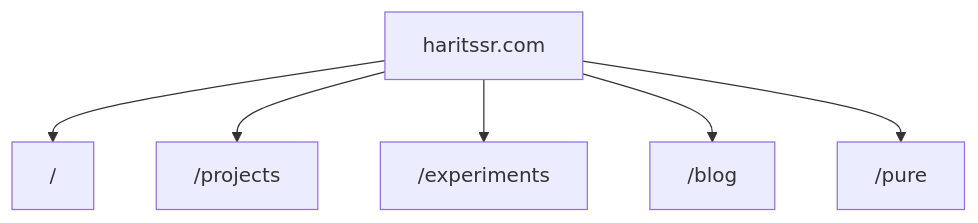
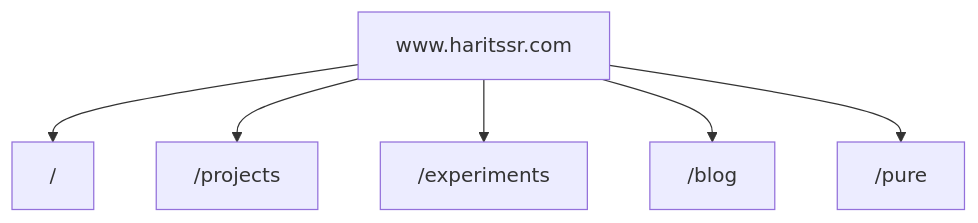
Before and after one commit to haritssr/haritssr: the diagram in README.md, drawn with Mermaid. The commit also changed other lines of this file and 6 other files, not shown here.

````diff
--- a/README.md
+++ b/README.md
@@ -12,10 +12,10 @@
 ```mermaid
 %%{init: {'flowchart': {'curve': 'basis'}} }%%
 graph TD
-  haritssr["haritssr.com"]
+  haritssr["www.haritssr.com"]
   haritssr --> home["/"]
   haritssr --> projects["/projects"]
   haritssr --> experiments["/experiments"]
   haritssr --> blog["/blog"]
   haritssr --> pure["/pure"]
 ```
````
